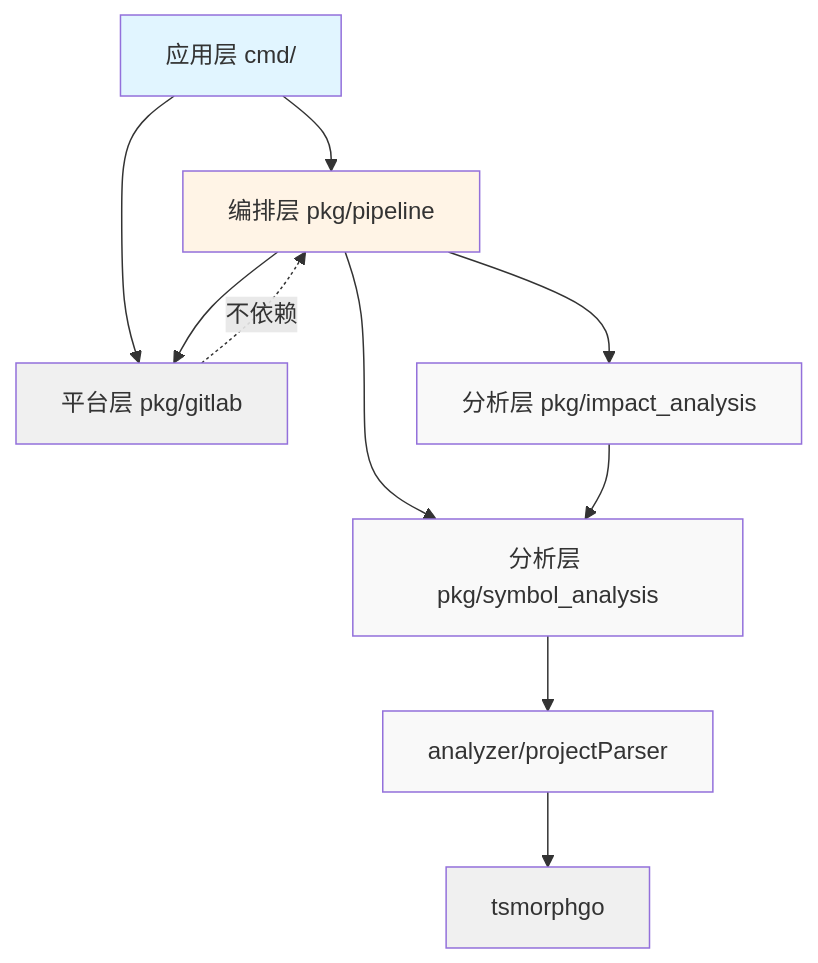
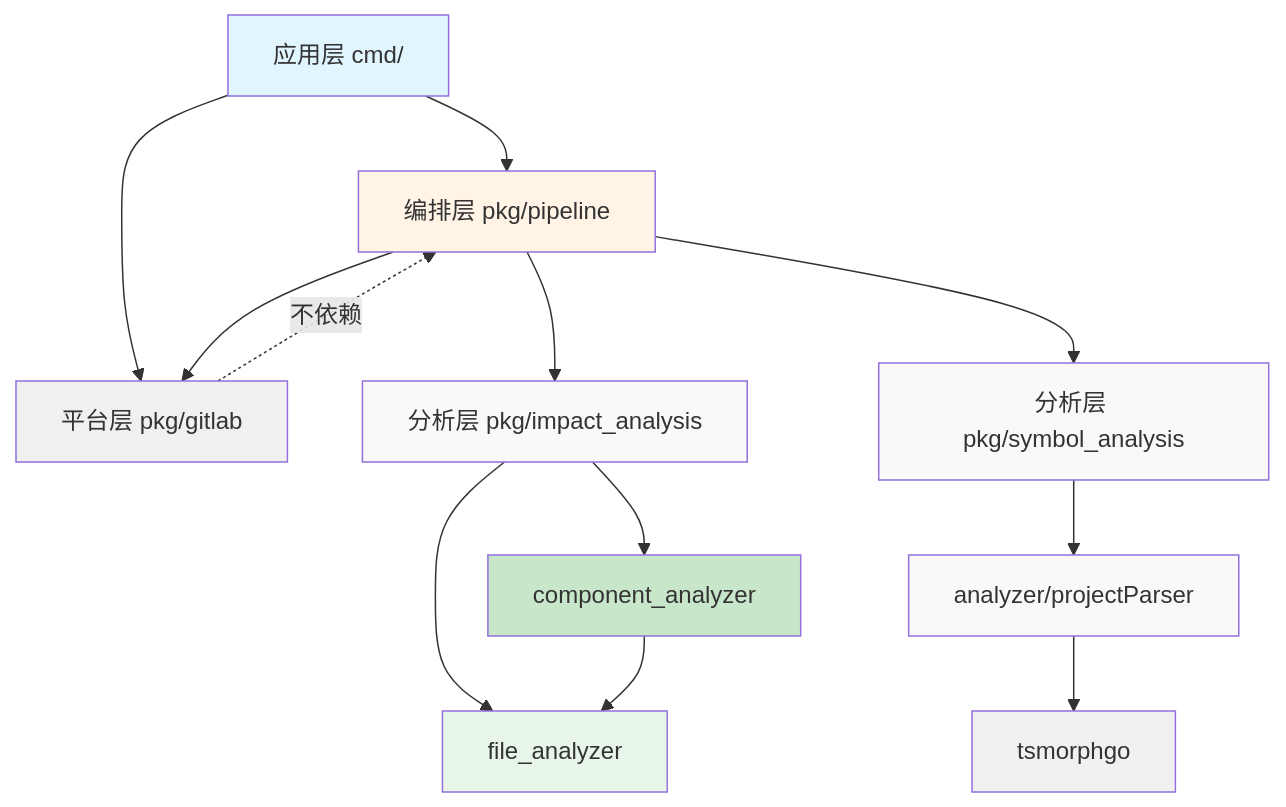
One commit to Flying-Bird1999/analyzer-ts changed the ninth of 13 diagrams in pkg/ARCHITECTURE.md. Above: the diagram before and after it, drawn with Mermaid. The commit also changed other lines of this file and 64 other files, not shown here.

````diff
--- a/pkg/ARCHITECTURE.md
+++ b/pkg/ARCHITECTURE.md
@@ -298,23 +456,28 @@
 ```mermaid
 graph TD
     A[应用层 cmd/] --> B[编排层 pkg/pipeline]
     A --> C[平台层 pkg/gitlab]
 
     B --> C
     B --> D[分析层 pkg/impact_analysis]
     B --> E[分析层 pkg/symbol_analysis]
 
-    D --> E
+    D --> D1[file_analyzer]
+    D --> D2[component_analyzer]
+    D2 --> D1
+
     E --> F[analyzer/projectParser]
     F --> G[tsmorphgo]
 
     C -.->|不依赖| B
 
     style A fill:#e1f5ff
     style B fill:#fff4e6
     style C fill:#f0f0f0
     style D fill:#f9f9f9
+    style D1 fill:#e8f5e9
+    style D2 fill:#c8e6c9
     style E fill:#f9f9f9
     style F fill:#f9f9f9
     style G fill:#f0f0f0
 ```
````
